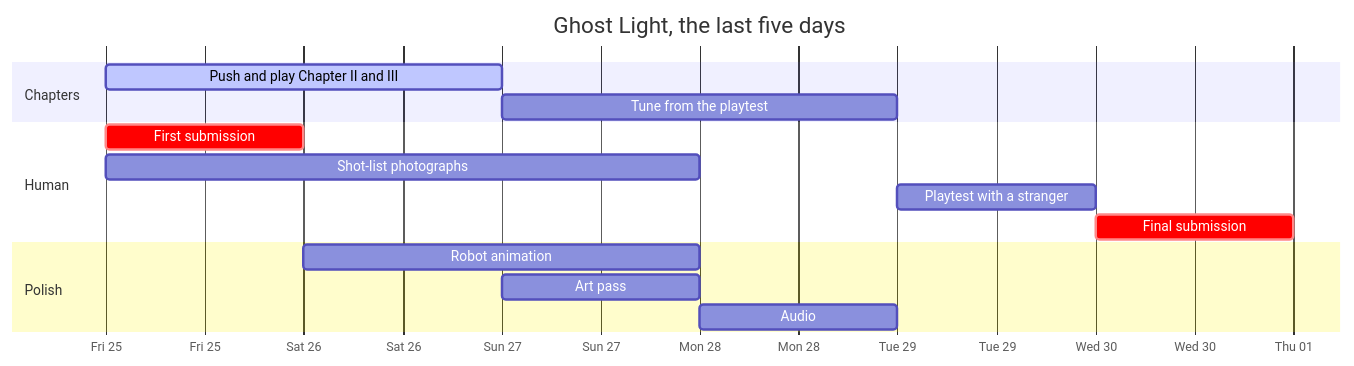
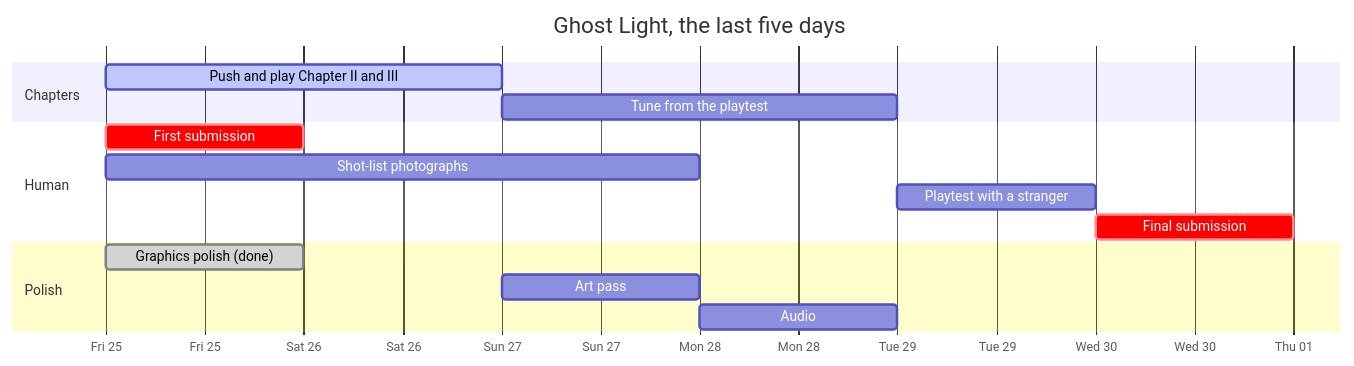
The second of 2 diagrams in STATUS.md (LoMagnette/ghost-light), drawn with Mermaid before and after one commit. The commit also changed other lines of this file and 2 other files, not shown here.

Commit message:
docs: the graphics polish in the prompt log, the status board and CLAUDE.md

````diff
--- a/STATUS.md
+++ b/STATUS.md
@@ -114,18 +114,18 @@
 ```mermaid
 gantt
     title Ghost Light, the last five days
     dateFormat YYYY-MM-DD
     axisFormat %a %d
     section Chapters
     Push and play Chapter II and III  :active, c1, 2026-09-25, 2d
     Tune from the playtest            :c2, after c1, 2d
     section Human
     First submission                  :crit, s1, 2026-09-25, 1d
     Shot-list photographs             :p1, 2026-09-25, 3d
     Playtest with a stranger          :t1, 2026-09-29, 1d
     Final submission                  :crit, s2, 2026-09-30, 1d
     section Polish
-    Robot animation                   :a1, 2026-09-26, 2d
+    Graphics polish (done)            :done, a1, 2026-09-25, 1d
     Art pass                          :a2, 2026-09-27, 1d
     Audio                             :a3, 2026-09-28, 1d
 ```
````
